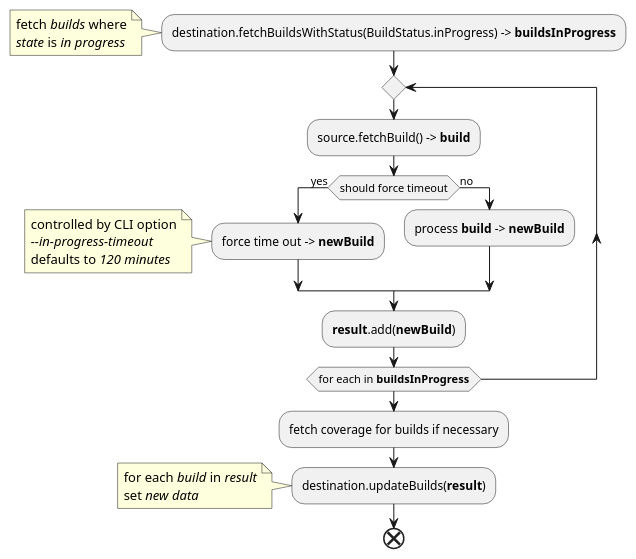
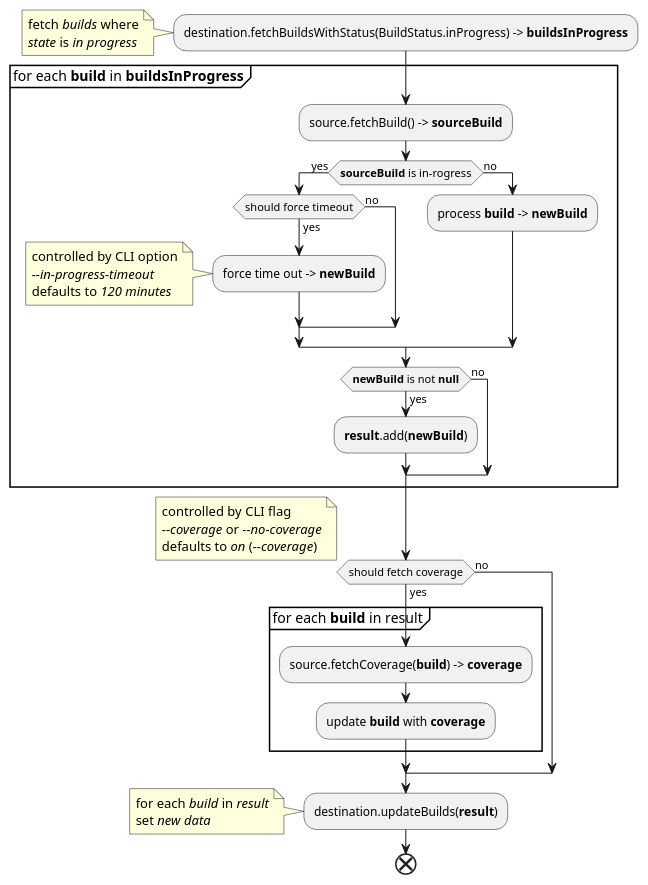
Before and after one commit to Flank/flank-dashboard: the diagram in metrics/ci_integrations/docs/diagrams/resync_builds_stage_activity_diagram.puml, drawn with PlantUML. The commit also changed 3 other files, not shown here.

```diff
--- a/metrics/ci_integrations/docs/diagrams/resync_builds_stage_activity_diagram.puml
+++ b/metrics/ci_integrations/docs/diagrams/resync_builds_stage_activity_diagram.puml
@@ -1,37 +1,55 @@
 @startuml resync_builds_stage_activity_diagram
 'https://plantuml.com/activity-diagram-beta
 skinparam ConditionEndStyle hline
 
 :destination.fetchBuildsWithStatus(BuildStatus.inProgress) -> **buildsInProgress**;
 note left
     fetch //builds// where
     //state// is //in progress//
 end note
 
-repeat
-    :source.fetchBuild() -> **build**;
+partition "for each **build** in **buildsInProgress**" {
+    :source.fetchBuild() -> **sourceBuild**;
 
-    if (should force timeout) then (yes)
-        :force time out -> **newBuild**;
-        note left
-            controlled by CLI option
-            //--in-progress-timeout//
-            defaults to //120 minutes//
-        end note
-    else (no)
+    if (**sourceBuild** is in-rogress) then (yes)
+        if (should force timeout) then (yes)
+            :force time out -> **newBuild**;
+            note left
+                controlled by CLI option
+                //--in-progress-timeout//
+                defaults to //120 minutes//
+            end note
+        else (no)
+        endif
+    else (no) 
         :process **build** -> **newBuild**;
     endif
 
-    :**result**.add(**newBuild**);
-repeatwhile (for each in **buildsInProgress**)
+    if (**newBuild** is not **null**) then (yes)
+        :**result**.add(**newBuild**);
+    else(no)
+    endif
+}
 
-:fetch coverage for builds if necessary;
+if (should fetch coverage) then (yes)
+    partition "for each **build** in result" {
+        :source.fetchCoverage(**build**) -> **coverage**;
+        :update **build** with **coverage**;
+    }
+else (no)
+endif
+note left
+    controlled by CLI flag
+    //--coverage// or //--no-coverage//
+    defaults to //on// (//--coverage//)
+end note
+
 :destination.updateBuilds(**result**);
 note left
     for each //build// in //result//
     set //new data//
 end note
 
 end
 
 @enduml
```
